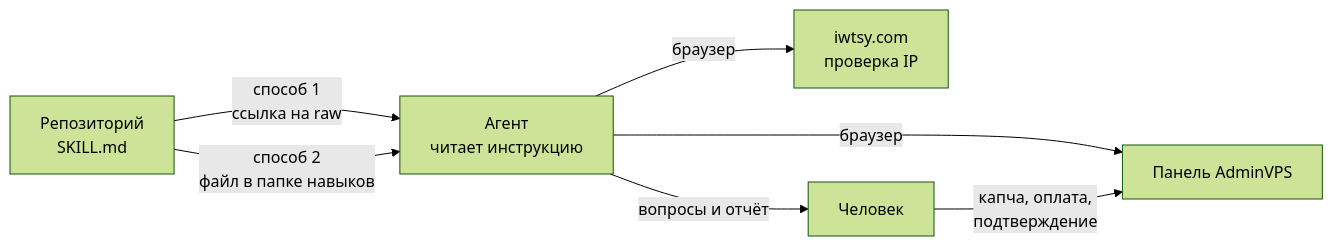
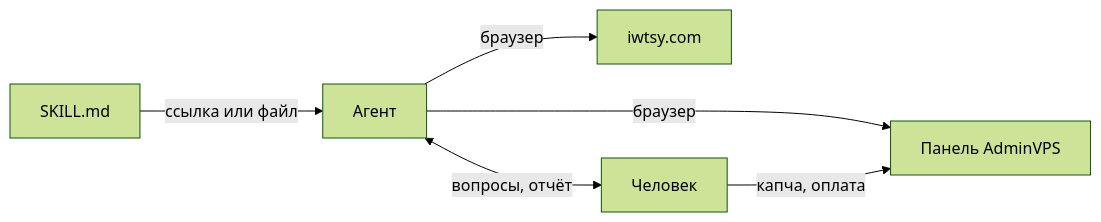
One commit to anten-ka/adminvpsbuyserver changed the first of 2 diagrams in README.md. Above: the diagram before and after it, drawn with Mermaid (forest theme). The commit also changed other lines of this file, not shown here.

````diff
--- a/README.md
+++ b/README.md
@@ -48,9 +32,8 @@
 ```mermaid
 flowchart LR
-    R["Репозиторий<br/>SKILL.md"] -->|"способ 1<br/>ссылка на raw"| A["Агент<br/>читает инструкцию"]
-    R -->|"способ 2<br/>файл в папке навыков"| A
+    R["SKILL.md"] -->|"ссылка или файл"| A["Агент"]
     A -->|"браузер"| P["Панель AdminVPS"]
-    A -->|"браузер"| I["iwtsy.com<br/>проверка IP"]
-    A -->|"вопросы и отчёт"| H["Человек"]
-    H -->|"капча, оплата,<br/>подтверждение"| P
+    A -->|"браузер"| I["iwtsy.com"]
+    A <-->|"вопросы, отчёт"| H["Человек"]
+    H -->|"капча, оплата"| P
 ```
````
